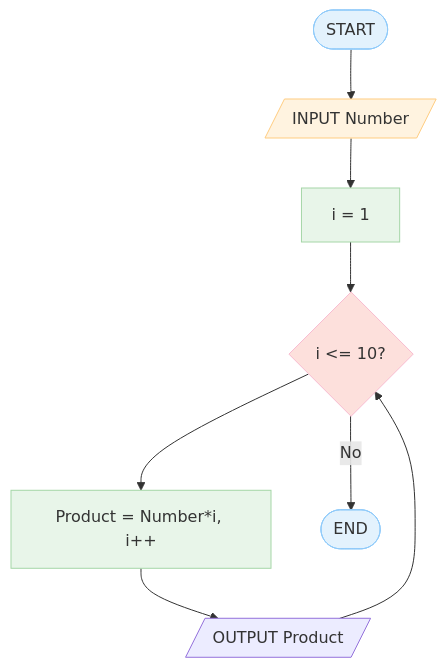
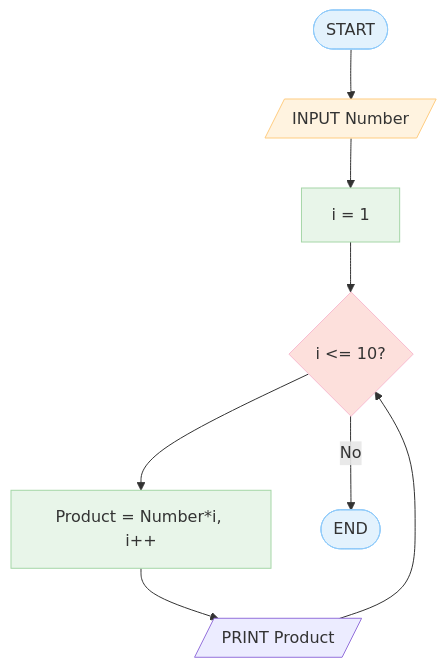
One commit to IsaVII/2_Alogritm-Flowchart changed the third of 4 diagrams in Algorithm-Flowchart-Workshop.md. Above: the diagram before and after it, drawn with Mermaid. The commit also changed other lines of this file, not shown here.

````diff
--- a/Algorithm-Flowchart-Workshop.md
+++ b/Algorithm-Flowchart-Workshop.md
@@ -127,21 +127,21 @@
 ```mermaid
 flowchart TD
     A([START]):::term-->
-       B[/INPUT Number/]:::io
-       B-->C[i = 1]:::proc
+    B[/INPUT Number/]:::io
+    B-->C[i = 1]:::proc
     C --> D{i <= 10?}:::dec
 
     D --> E[Product = Number*i, i++]:::proc
-    E --> F[/OUTPUT Product/]
+    E --> F[/PRINT Product/]
     F --> D
     D --> |No| G([END]):::term
   
   classDef term fill:#e3f2fd,stroke:#90caf9,color:#333,stroke-width:1px;
   classDef io fill:#fff3e0,stroke:#ffcc80,color:#333,stroke-width:1px;
   classDef proc fill:#e8f5e9,stroke:#a5d6a7,color:#333,stroke-width:1px;
   classDef dec fill:#fde0dc,stroke:#f8bbd0,color:#333,stroke-width:1px;
   classDef pre fill:#ede7f6,stroke:#b39ddb,color:#333,stroke-width:1px;
   classDef conn fill:#f5f5f5,stroke:#bdbdbd,color:#333,stroke-width:1px;
   classDef hide fill:none,stroke:none,color:none;
   classDef label fill:none,stroke:none,color:#333,text-align:center;
 ```
````
